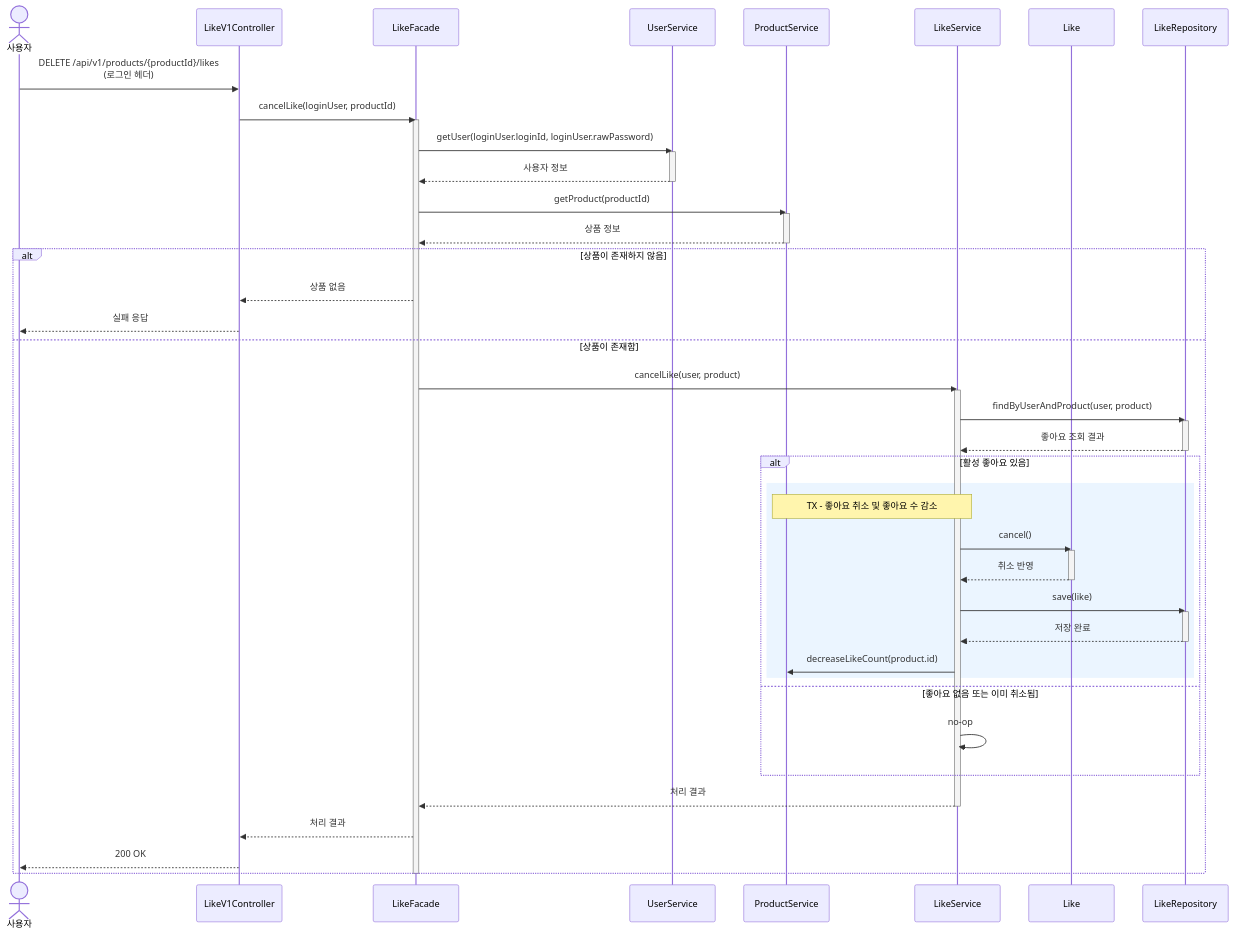
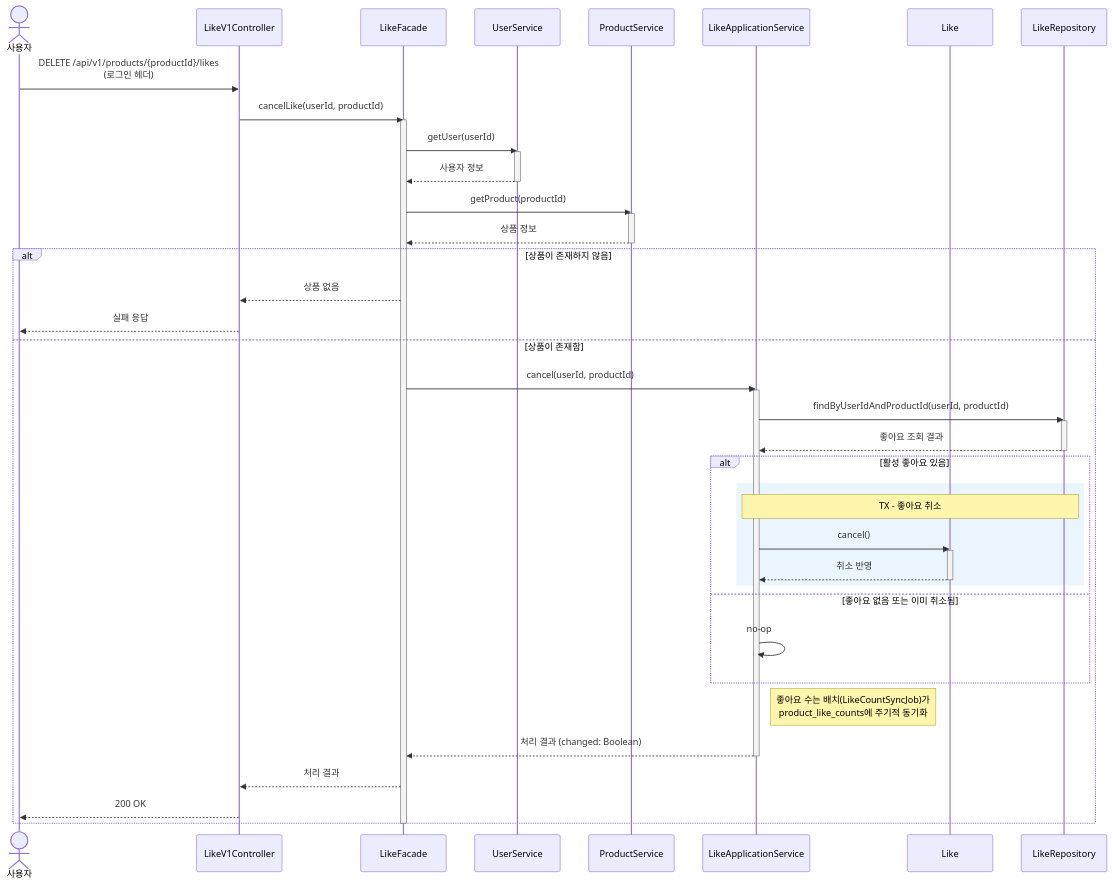
Before and after one commit to loopers-labs/loop-pack-be-l2-vol4-kotlin: the fifth of 7 diagrams in docs/week2/02-sequence-diagrams.md, drawn with Mermaid. The commit also changed other lines of this file and 3 other files, not shown here.

````diff
--- a/docs/week2/02-sequence-diagrams.md
+++ b/docs/week2/02-sequence-diagrams.md
@@ -275,60 +280,57 @@
 ```mermaid
 sequenceDiagram
     actor User as 사용자
     participant Controller as LikeV1Controller
     participant Facade as LikeFacade
     participant UserService as UserService
     participant ProductService as ProductService
-    participant LikeService as LikeService
+    participant LikeService as LikeApplicationService
     participant Like as Like
     participant LikeRepository as LikeRepository
 
     User->>Controller: DELETE /api/v1/products/{productId}/likes<br/>(로그인 헤더)
-    Controller->>Facade: cancelLike(loginUser, productId)
+    Controller->>Facade: cancelLike(userId, productId)
     activate Facade
 
-    Facade->>UserService: getUser(loginUser.loginId, loginUser.rawPassword)
+    Facade->>UserService: getUser(userId)
     activate UserService
     UserService-->>Facade: 사용자 정보
     deactivate UserService
 
     Facade->>ProductService: getProduct(productId)
     activate ProductService
     ProductService-->>Facade: 상품 정보
     deactivate ProductService
 
     alt 상품이 존재하지 않음
         Facade-->>Controller: 상품 없음
         Controller-->>User: 실패 응답
     else 상품이 존재함
-        Facade->>LikeService: cancelLike(user, product)
+        Facade->>LikeService: cancel(userId, productId)
         activate LikeService
-        LikeService->>LikeRepository: findByUserAndProduct(user, product)
+        LikeService->>LikeRepository: findByUserIdAndProductId(userId, productId)
         activate LikeRepository
         LikeRepository-->>LikeService: 좋아요 조회 결과
         deactivate LikeRepository
 
         alt 활성 좋아요 있음
             rect rgb(235, 245, 255)
-                Note over LikeService,ProductService: TX - 좋아요 취소 및 좋아요 수 감소
+                Note over LikeService,LikeRepository: TX - 좋아요 취소
                 LikeService->>Like: cancel()
                 activate Like
                 Like-->>LikeService: 취소 반영
                 deactivate Like
-                LikeService->>LikeRepository: save(like)
-                activate LikeRepository
-                LikeRepository-->>LikeService: 저장 완료
-                deactivate LikeRepository
-                LikeService->>ProductService: decreaseLikeCount(product.id)
             end
         else 좋아요 없음 또는 이미 취소됨
             LikeService->>LikeService: no-op
         end
 
-        LikeService-->>Facade: 처리 결과
+        Note right of LikeService: 좋아요 수는 배치(LikeCountSyncJob)가<br/>product_like_counts에 주기적 동기화
+
+        LikeService-->>Facade: 처리 결과 (changed: Boolean)
         deactivate LikeService
         Facade-->>Controller: 처리 결과
         Controller-->>User: 200 OK
     end
     deactivate Facade
 ```
````
